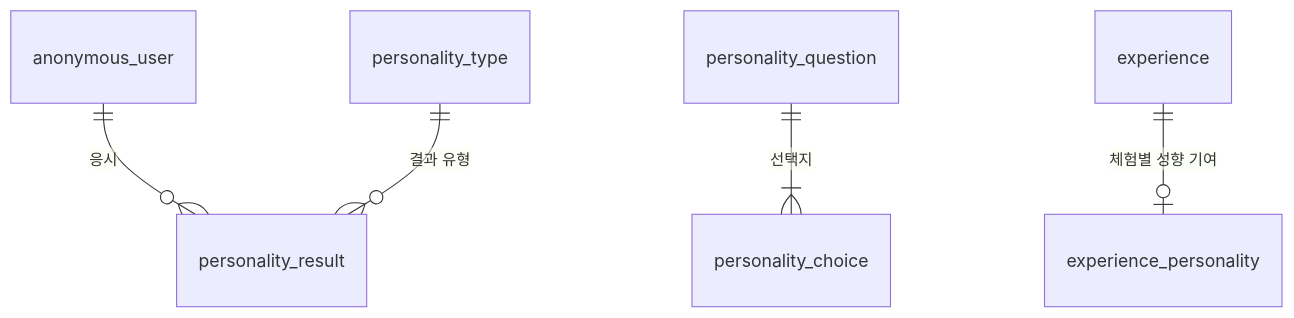
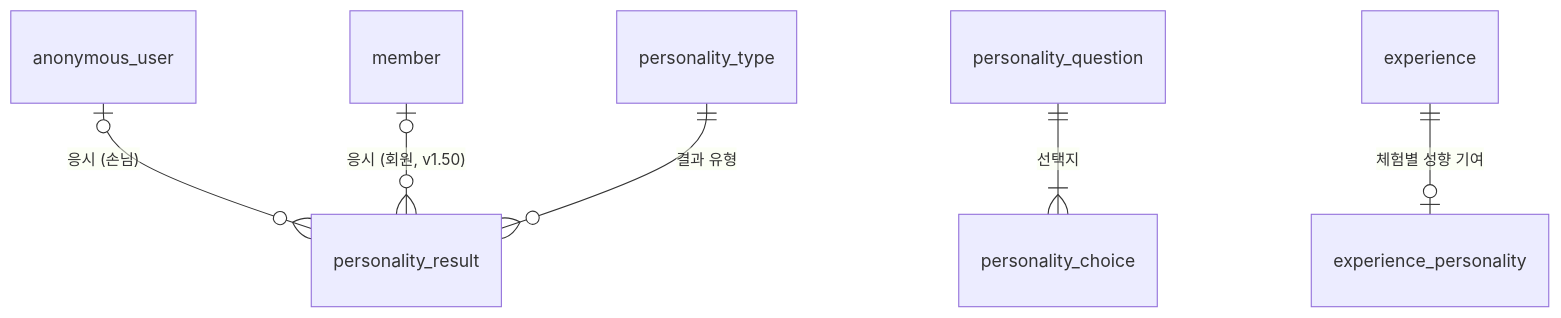
Before and after one commit to prgrms-aibe-devcourse/AIBE7_FinalProject_Team2: the third of 10 diagrams in docs/erd.md, drawn with Mermaid. The commit also changed other lines of this file and 6 other files, not shown here.

````diff
--- a/docs/erd.md
+++ b/docs/erd.md
@@ -984,7 +992,8 @@
 ```mermaid
 erDiagram
-    anonymous_user ||--o{ personality_result : "응시"
+    anonymous_user |o--o{ personality_result : "응시 (손님)"
+    member |o--o{ personality_result : "응시 (회원, v1.50)"
     personality_type ||--o{ personality_result : "결과 유형"
     personality_question ||--|{ personality_choice : "선택지"
     experience ||--o| experience_personality : "체험별 성향 기여"
 ```
````
